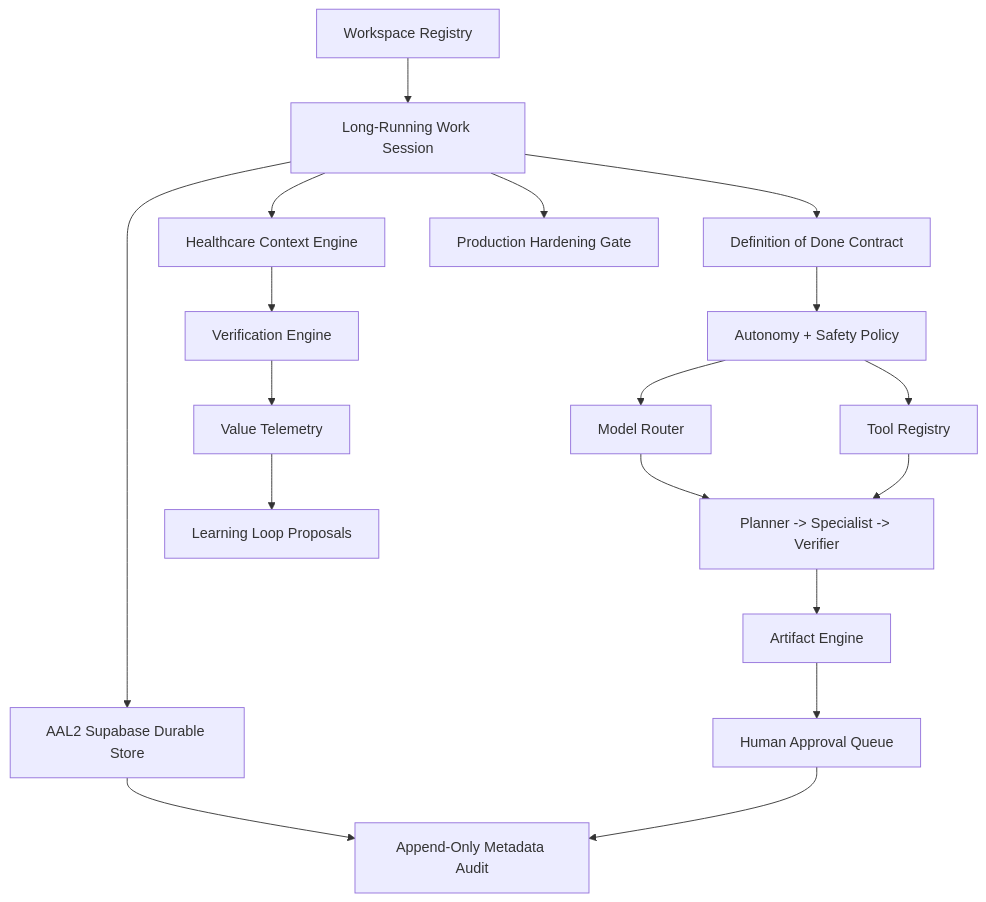
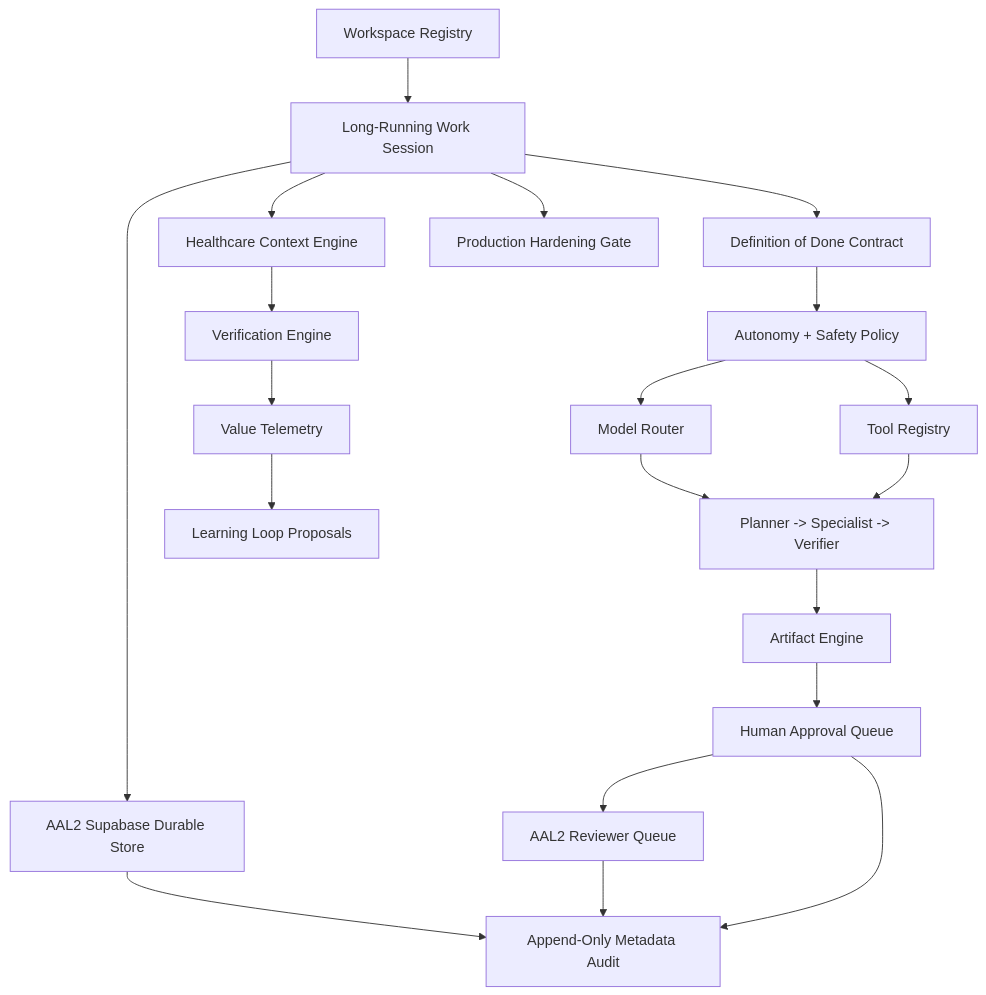
One commit to temitayodahunsi777/scrimed-site changed the diagram in SCRIMED_WORK_IMPLEMENTATION_PLAN.md. Above: the diagram before and after it, drawn with Mermaid. The commit also changed other lines of this file and 42 other files, not shown here.

````diff
--- a/SCRIMED_WORK_IMPLEMENTATION_PLAN.md
+++ b/SCRIMED_WORK_IMPLEMENTATION_PLAN.md
@@ -19,20 +19,22 @@
 ```mermaid
 flowchart TD
   Workspace["Workspace Registry"] --> Session["Long-Running Work Session"]
   Session --> DOD["Definition of Done Contract"]
   DOD --> Policy["Autonomy + Safety Policy"]
   Policy --> Router["Model Router"]
   Policy --> Tools["Tool Registry"]
   Session --> Context["Healthcare Context Engine"]
   Session --> Durable["AAL2 Supabase Durable Store"]
   Session --> Hardening["Production Hardening Gate"]
   Durable --> Audit["Append-Only Metadata Audit"]
   Context --> Verification["Verification Engine"]
   Router --> Orchestration["Planner -> Specialist -> Verifier"]
   Tools --> Orchestration
   Orchestration --> Artifacts["Artifact Engine"]
   Artifacts --> Approval["Human Approval Queue"]
+  Approval --> ReviewQueue["AAL2 Reviewer Queue"]
+  ReviewQueue --> Audit
   Verification --> Telemetry["Value Telemetry"]
   Approval --> Audit
   Telemetry --> Learning["Learning Loop Proposals"]
 ```
````
